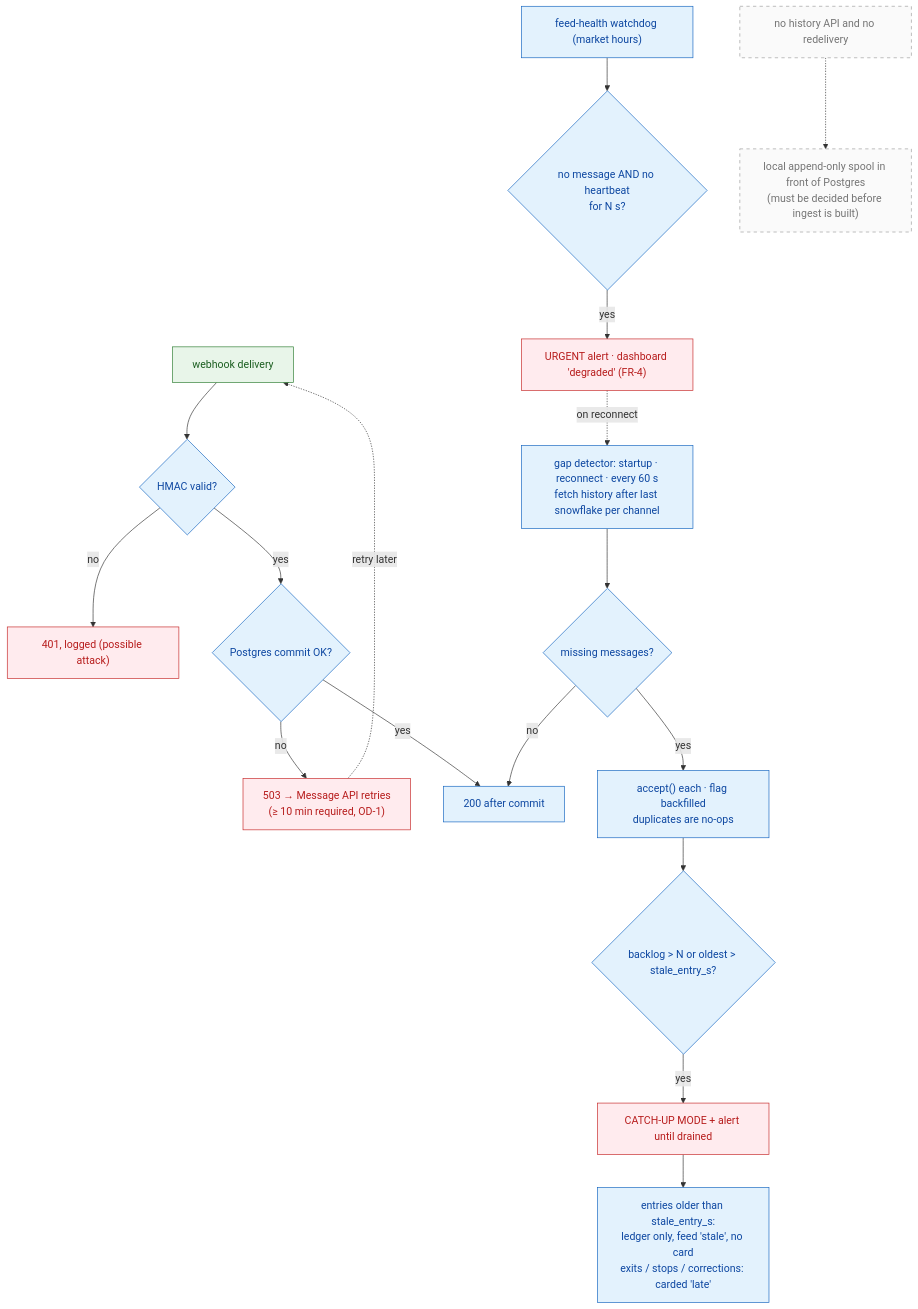
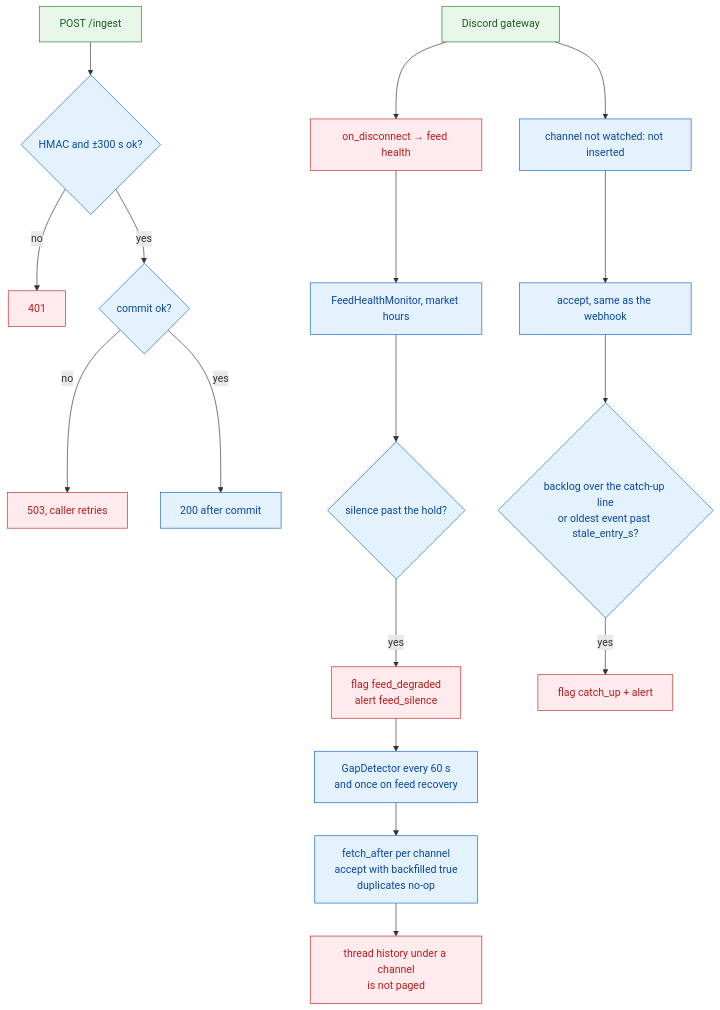
Before and after one commit to idolrun/trading-agent: the second of 7 diagrams in docs/diagrams/09-failure-recovery.md, drawn with Mermaid. The commit also changed other lines of this file and 131 other files, not shown here.

First line of the commit message:
docs: update architecture and data flow diagrams for clarity and consistency

````diff
--- a/docs/diagrams/09-failure-recovery.md
+++ b/docs/diagrams/09-failure-recovery.md
@@ -51,43 +49,43 @@
 ```mermaid
 flowchart TB
     classDef code fill:#e3f2fd,stroke:#1565c0,color:#0d47a1
     classDef fail fill:#ffebee,stroke:#c62828,color:#b71c1c
     classDef ext fill:#e8f5e9,stroke:#2e7d32,color:#1b5e20
-    classDef future fill:#fafafa,stroke:#9e9e9e,color:#757575,stroke-dasharray: 5 5
 
-    W["webhook delivery"]:::ext
-    H{"HMAC valid?"}:::code
-    REJ["401, logged (possible attack)"]:::fail
-    PG{"Postgres commit OK?"}:::code
-    S503["503 → Message API retries<br/>(≥ 10 min required, OD-1)"]:::fail
+    W["POST /ingest"]:::ext
+    H{"HMAC and ±300 s ok?"}:::code
+    REJ["401"]:::fail
+    PG{"commit ok?"}:::code
+    S503["503, caller retries"]:::fail
     OK["200 after commit"]:::code
 
-    WD["feed-health watchdog (market hours)"]:::code
-    SIL{"no message AND no heartbeat<br/>for N s?"}:::code
-    DEGR["URGENT alert · dashboard 'degraded' (FR-4)"]:::fail
+    GW["Discord gateway"]:::ext
+    DROP["channel not watched: not inserted"]:::code
+    ACC["accept, same as the webhook"]:::code
+    DISC["on_disconnect → feed health"]:::fail
 
-    GD["gap detector: startup · reconnect · every 60 s<br/>fetch history after last snowflake per channel"]:::code
-    GAP{"missing messages?"}:::code
-    BF["accept() each · flag backfilled<br/>duplicates are no-ops"]:::code
-    NOHIST["no history API and no redelivery"]:::future
-    SPOOL["local append-only spool in front of Postgres<br/>(must be decided before ingest is built)"]:::future
+    WD["FeedHealthMonitor, market hours"]:::code
+    SIL{"silence past the hold?"}:::code
+    DEGR["flag feed_degraded<br/>alert feed_silence"]:::fail
 
-    CU{"backlog > N or oldest > stale_entry_s?"}:::code
-    CM["CATCH-UP MODE + alert until drained"]:::fail
-    ST["entries older than stale_entry_s:<br/>ledger only, feed 'stale', no card<br/>exits / stops / corrections: carded 'late'"]:::code
+    GD["GapDetector every 60 s<br/>and once on feed recovery"]:::code
+    BF["fetch_after per channel<br/>accept with backfilled true<br/>duplicates no-op"]:::code
+    LIM["thread history under a channel<br/>is not paged"]:::fail
+
+    CU{"backlog over the catch-up line<br/>or oldest event past stale_entry_s?"}:::code
+    CM["flag catch_up + alert"]:::fail
 
     W --> H
     H -->|"no"| REJ
     H -->|"yes"| PG
     PG -->|"no"| S503
     PG -->|"yes"| OK
-    S503 -.->|"retry later"| W
+    GW --> DROP --> ACC
+    GW --> DISC --> WD
     WD --> SIL
     SIL -->|"yes"| DEGR
-    DEGR -.->|"on reconnect"| GD
-    GD --> GAP
-    GAP -->|"yes"| BF --> CU
-    GAP -->|"no"| OK
-    CU -->|"yes"| CM --> ST
-    NOHIST -.-> SPOOL
+    DEGR --> GD --> BF
+    BF --> LIM
+    ACC --> CU
+    CU -->|"yes"| CM
 ```
````
